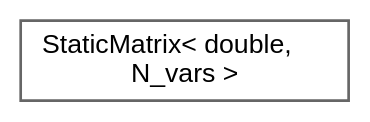
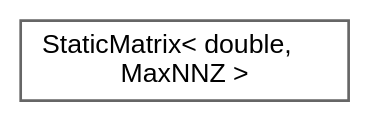
The diagram in inherit_graph_87.dot (jswoo0615/Algorithms_for_Optimization_cpp), drawn with Graphviz before and after one commit. The commit also changed 144 other files, not shown here.

```diff
--- a/inherit_graph_87.dot
+++ b/inherit_graph_87.dot
@@ -1,9 +1,9 @@
 digraph "Graphical Class Hierarchy"
 {
  // LATEX_PDF_SIZE
   bgcolor="transparent";
   edge [fontname=Helvetica,fontsize=10,labelfontname=Helvetica,labelfontsize=10];
   node [fontname=Helvetica,fontsize=10,shape=box,height=0.2,width=0.4];
   rankdir="LR";
-  Node0 [id="Node000000",label="StaticMatrix\< double,\l N_vars \>",height=0.2,width=0.4,color="grey40", fillcolor="white", style="filled",URL="$classStaticMatrix.html",tooltip=" "];
+  Node0 [id="Node000000",label="StaticMatrix\< double,\l MaxNNZ \>",height=0.2,width=0.4,color="grey40", fillcolor="white", style="filled",URL="$classStaticMatrix.html",tooltip=" "];
 }
```
